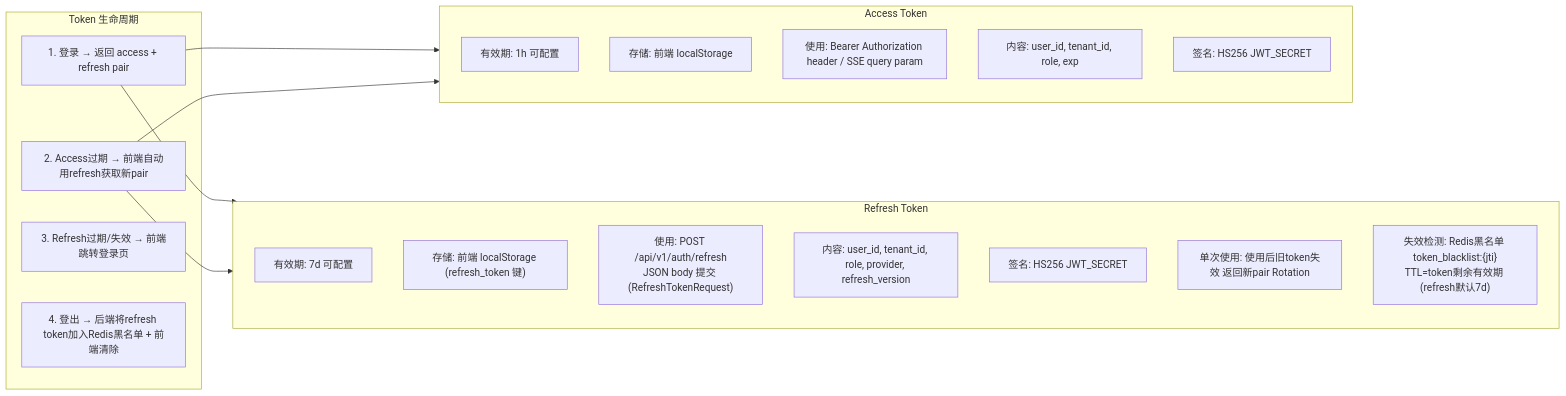
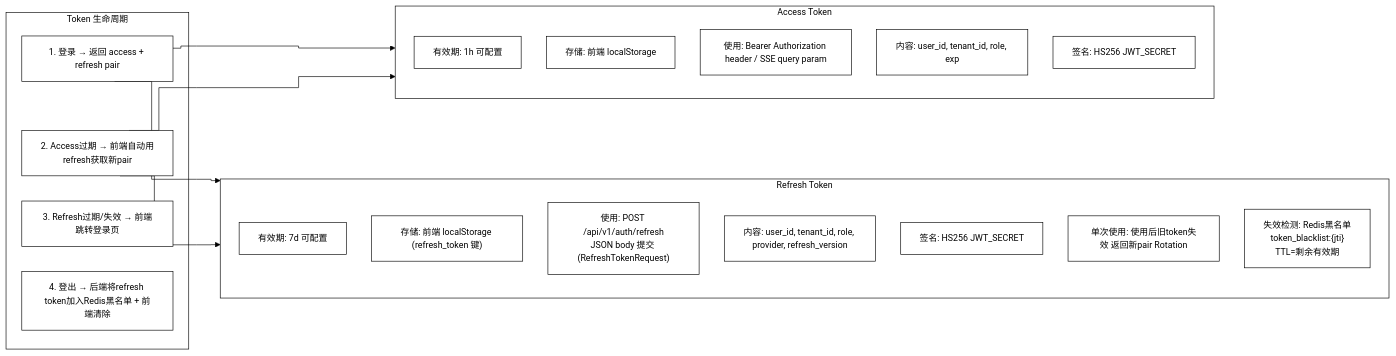
The third of 3 diagrams in docs/design/security.md (onceme/instantboard), drawn with Mermaid before and after one commit. The commit also changed other lines of this file and 11 other files, not shown here.

Commit message:
docs: unify mermaid diagrams to black-and-white orthogonal style

````diff
--- a/docs/design/security.md
+++ b/docs/design/security.md
@@ -365,32 +361,33 @@
 ```mermaid
+%%{init: {"theme": "base", "themeVariables": {"background": "#ffffff", "primaryColor": "#ffffff", "primaryTextColor": "#000000", "primaryBorderColor": "#000000", "lineColor": "#000000", "secondaryColor": "#ffffff", "secondaryTextColor": "#000000", "secondaryBorderColor": "#000000", "tertiaryColor": "#ffffff", "tertiaryTextColor": "#000000", "tertiaryBorderColor": "#000000", "edgeLabelBackground": "#ffffff", "textColor": "#000000", "nodeTextColor": "#000000", "mainBkg": "#ffffff", "nodeBorder": "#000000", "clusterBkg": "#ffffff", "clusterBdr": "#000000", "clusterTextColor": "#000000", "titleColor": "#000000", "fontSize": "14px"}, "flowchart": {"curve": "step", "nodeSpacing": 40, "rankSpacing": 50, "wrappingWidth": 180, "useMaxWidth": true}}}%%
 graph LR
   subgraph accessToken["Access Token"]
     ATexp["有效期: 1h 可配置"]
     ATstore["存储: 前端 localStorage"]
     ATuse["使用: Bearer Authorization header / SSE query param"]
     ATcontent["内容: user_id, tenant_id, role, exp"]
     ATsign["签名: HS256 JWT_SECRET"]
   end
 
   subgraph refreshToken["Refresh Token"]
     RTexp["有效期: 7d 可配置"]
     RTstore["存储: 前端 localStorage (refresh_token 键)"]
     RTuse["使用: POST /api/v1/auth/refresh<br/>JSON body 提交 (RefreshTokenRequest)"]
     RTcontent["内容: user_id, tenant_id, role, provider, refresh_version"]
     RTsign["签名: HS256 JWT_SECRET"]
     RTrotation["单次使用: 使用后旧token失效 返回新pair Rotation"]
-    RTdetect["失效检测: Redis黑名单 token_blacklist:{jti}<br/>TTL=token剩余有效期 (refresh默认7d)"]
+    RTdetect["失效检测: Redis黑名单<br/>token_blacklist:{jti}<br/>TTL=剩余有效期"]
   end
 
   subgraph lifecycle["Token 生命周期"]
     S1["1. 登录 → 返回 access + refresh pair"]
     S2["2. Access过期 → 前端自动用refresh获取新pair"]
     S3["3. Refresh过期/失效 → 前端跳转登录页"]
     S4["4. 登出 → 后端将refresh token加入Redis黑名单 + 前端清除"]
   end
 
   S1 --> accessToken
   S1 --> refreshToken
   S2 --> refreshToken
   S2 --> accessToken
 ```
````
